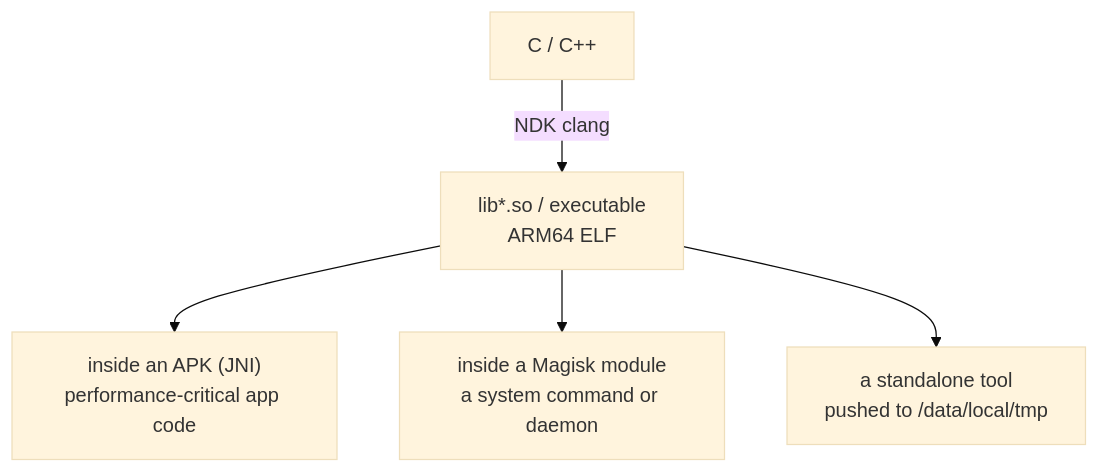
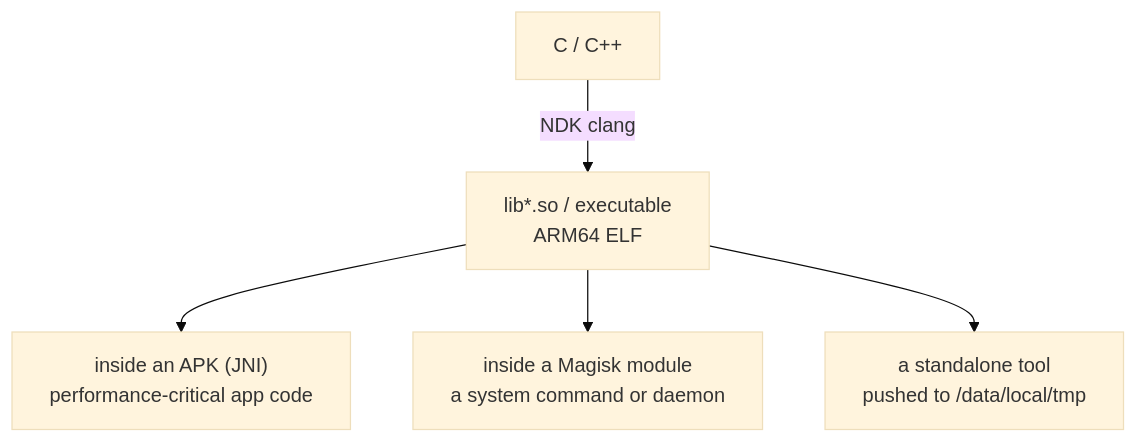
One commit to jim-wyatt/MotoRoot changed the diagram in docs/develop/native-code.md. Above: the diagram before and after it, drawn with Mermaid (base theme). The commit also changed 16 other files, not shown here.

First line of the commit message:
Docs: fix diagram labels folding into narrow columns and overflowing

````diff
--- a/docs/develop/native-code.md
+++ b/docs/develop/native-code.md
@@ -59,7 +59,8 @@
 ```mermaid
+%%{init: {"flowchart": {"wrappingWidth": 300}}}%%
 flowchart TB
     C["C / C++"] -->|NDK clang| SO["lib*.so / executable<br/>ARM64 ELF"]
     SO --> A["inside an APK (JNI)<br/>performance-critical app code"]
     SO --> M["inside a Magisk module<br/>a system command or daemon"]
     SO --> T["a standalone tool<br/>pushed to /data/local/tmp"]
 ```
````
